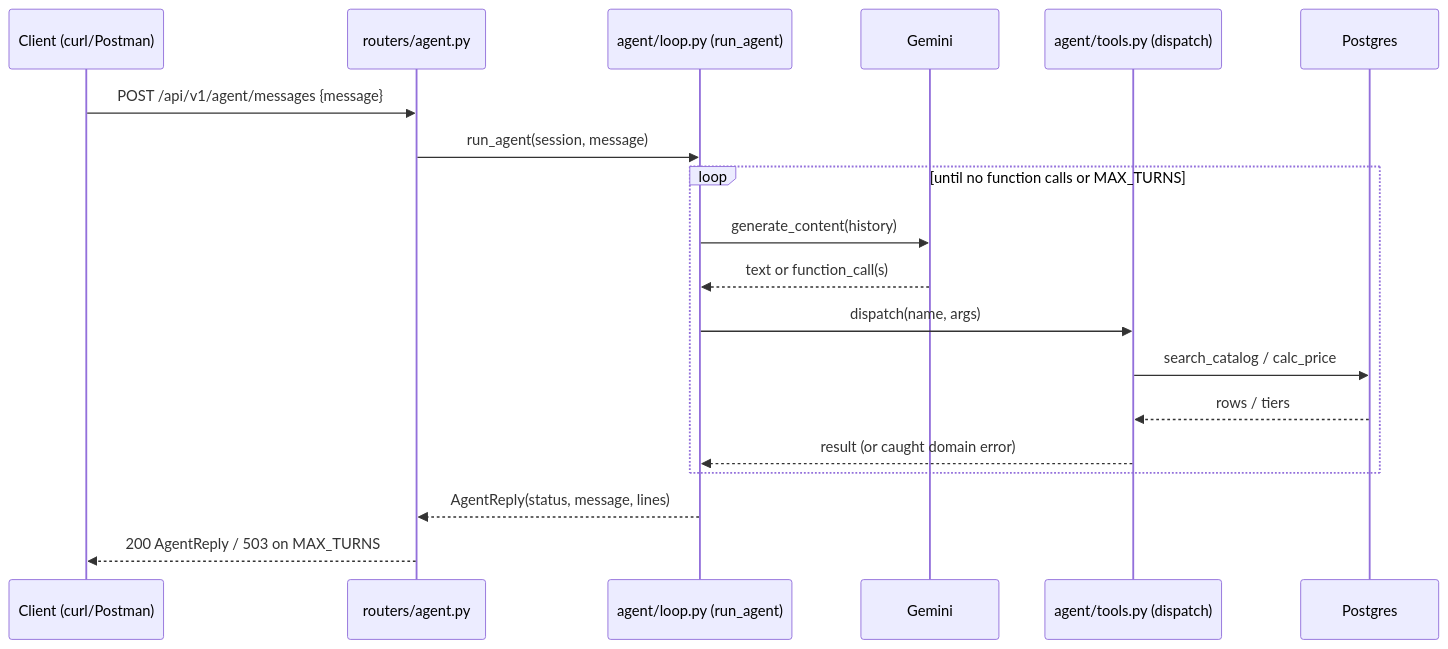
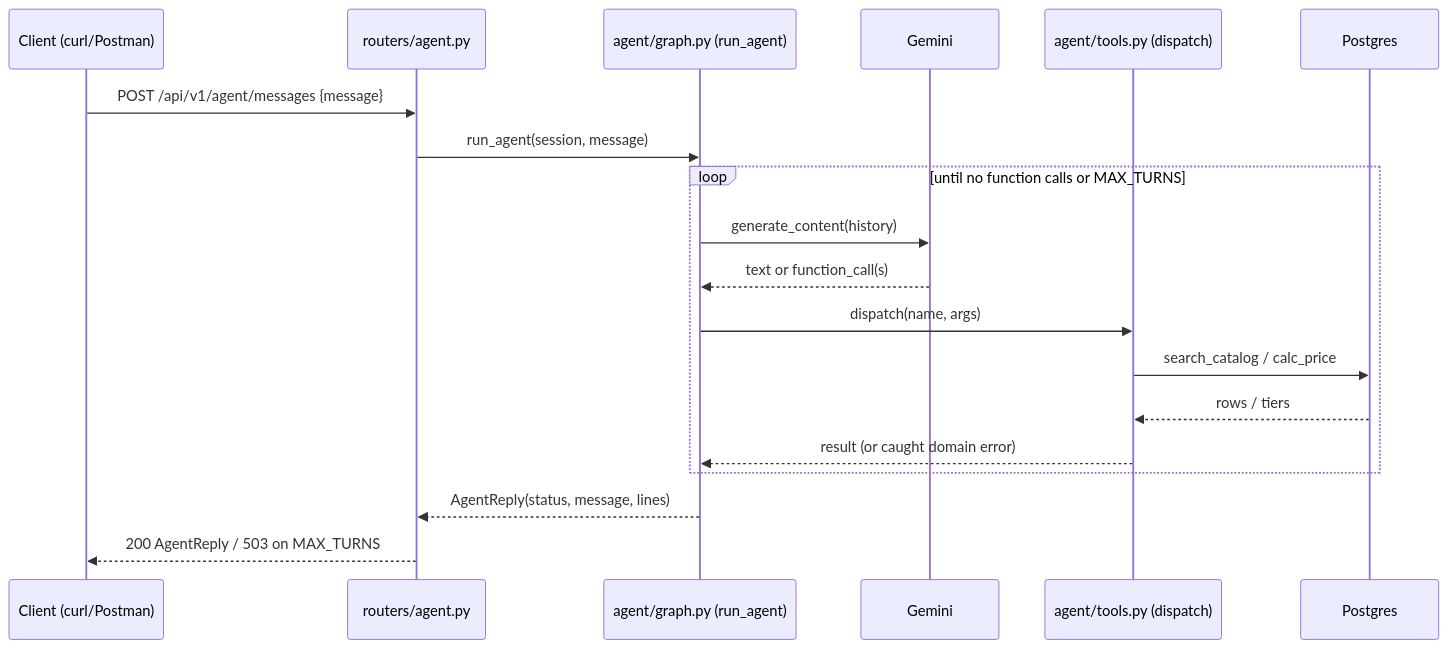
The second of 2 diagrams in docs/ARCHITECTURE.md (amineaiba/Quotify), drawn with Mermaid before and after one commit. The commit also changed other lines of this file and 25 other files, not shown here.

````diff
--- a/docs/ARCHITECTURE.md
+++ b/docs/ARCHITECTURE.md
@@ -103,22 +106,22 @@
 ```mermaid
 sequenceDiagram
     participant C as Client (curl/Postman)
     participant R as routers/agent.py
-    participant L as agent/loop.py (run_agent)
+    participant L as agent/graph.py (run_agent)
     participant G as Gemini
     participant T as agent/tools.py (dispatch)
     participant DB as Postgres
 
     C->>R: POST /api/v1/agent/messages {message}
     R->>L: run_agent(session, message)
     loop until no function calls or MAX_TURNS
         L->>G: generate_content(history)
         G-->>L: text or function_call(s)
         L->>T: dispatch(name, args)
         T->>DB: search_catalog / calc_price
         DB-->>T: rows / tiers
         T-->>L: result (or caught domain error)
     end
     L-->>R: AgentReply(status, message, lines)
     R-->>C: 200 AgentReply / 503 on MAX_TURNS
 ```
````
